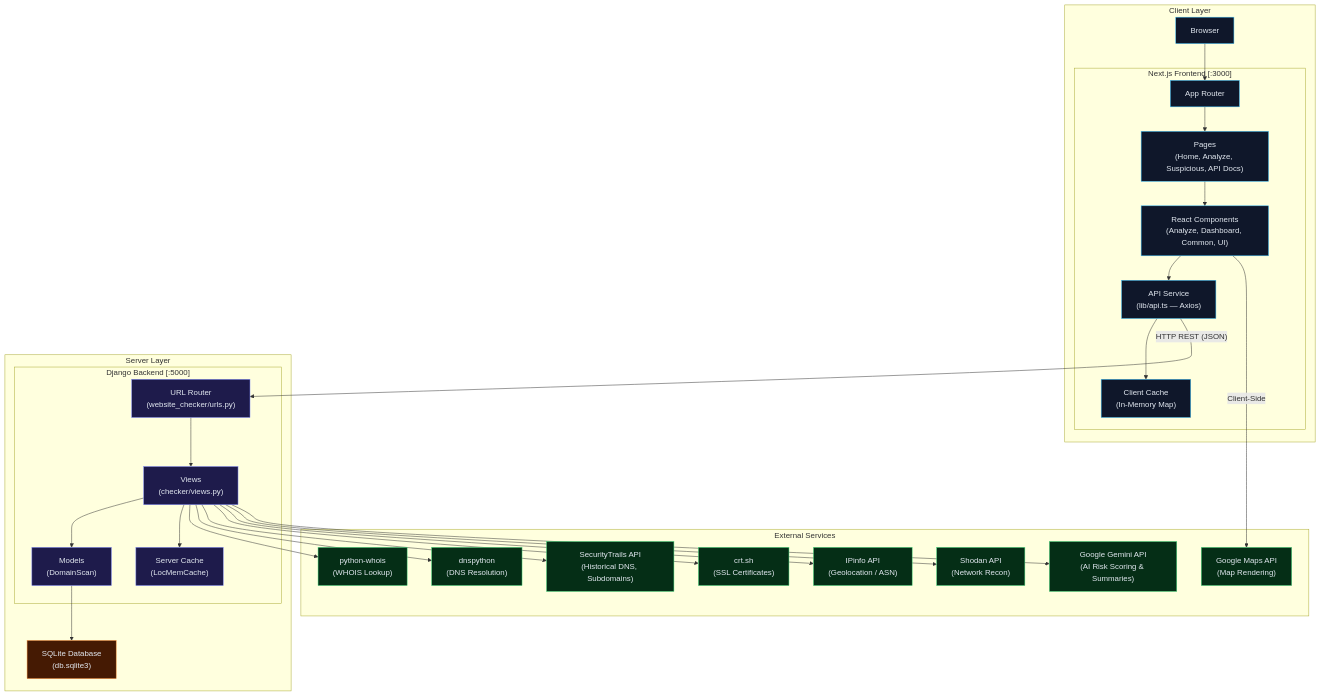
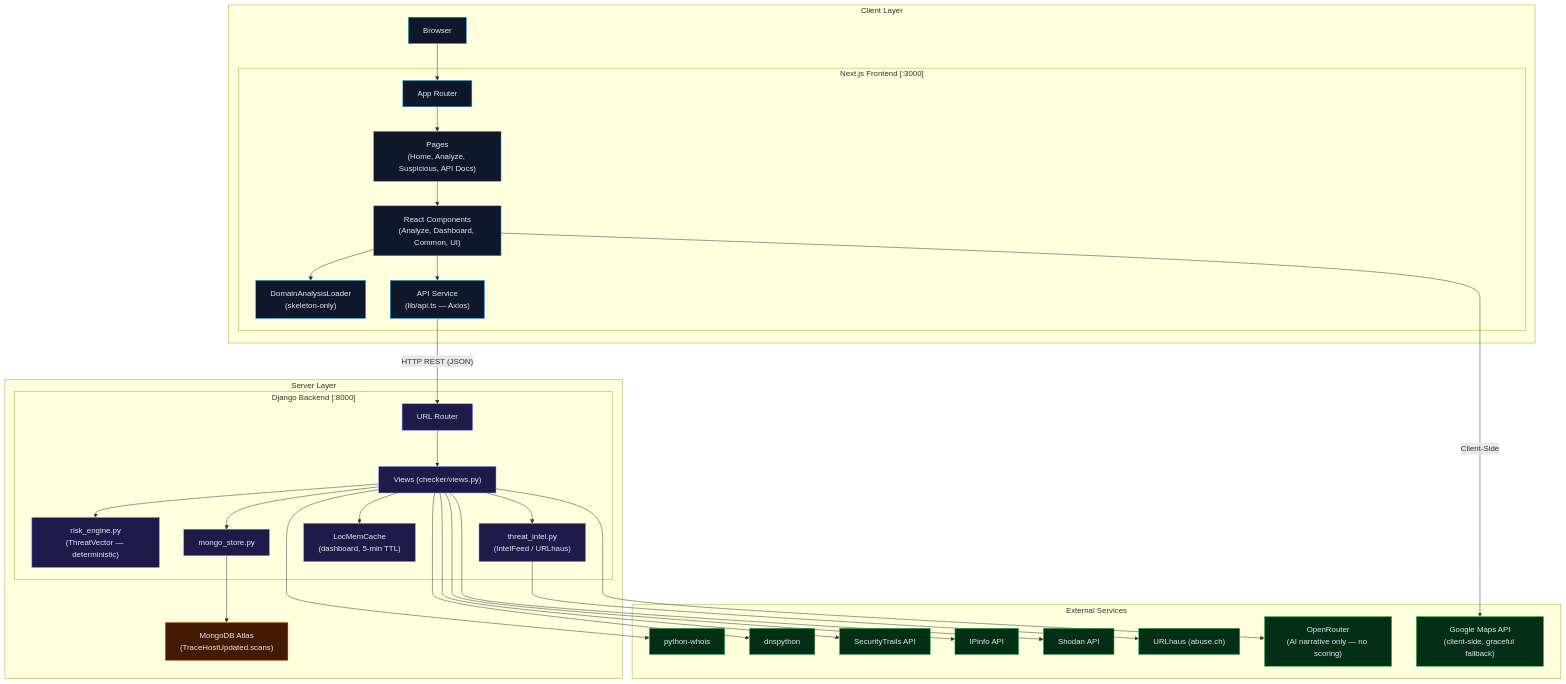
Before and after one commit to Atharva-Dhavale/TraceHost: the first of 3 diagrams in DOCUMENTATION.md, drawn with Mermaid. The commit also changed other lines of this file and 1 other file, not shown here.

````diff
--- a/DOCUMENTATION.md
+++ b/DOCUMENTATION.md
@@ -484,63 +396,62 @@
 ```mermaid
 graph TB
     subgraph "Client Layer"
         Browser["Browser"]
         subgraph "Next.js Frontend [:3000]"
             AppRouter["App Router"]
             Pages["Pages<br/>(Home, Analyze, Suspicious, API Docs)"]
             Components["React Components<br/>(Analyze, Dashboard, Common, UI)"]
+            Loader["DomainAnalysisLoader<br/>(skeleton-only)"]
             APIService["API Service<br/>(lib/api.ts — Axios)"]
-            ClientCache["Client Cache<br/>(In-Memory Map)"]
         end
     end
 
     subgraph "Server Layer"
-        subgraph "Django Backend [:5000]"
-            URLRouter["URL Router<br/>(website_checker/urls.py)"]
-            Views["Views<br/>(checker/views.py)"]
-            Models["Models<br/>(DomainScan)"]
-            ServerCache["Server Cache<br/>(LocMemCache)"]
+        subgraph "Django Backend [:8000]"
+            URLRouter["URL Router"]
+            Views["Views (checker/views.py)"]
+            RiskEngine["risk_engine.py<br/>(ThreatVector — deterministic)"]
+            ThreatIntel["threat_intel.py<br/>(IntelFeed / URLhaus)"]
+            MongoStore["mongo_store.py"]
+            ServerCache["LocMemCache<br/>(dashboard, 5-min TTL)"]
         end
-        SQLite["SQLite Database<br/>(db.sqlite3)"]
+        Mongo["MongoDB Atlas<br/>(TraceHostUpdated.scans)"]
     end
 
     subgraph "External Services"
-        WHOIS["python-whois<br/>(WHOIS Lookup)"]
-        DNS["dnspython<br/>(DNS Resolution)"]
-        SecurityTrails["SecurityTrails API<br/>(Historical DNS, Subdomains)"]
-        CrtSh["crt.sh<br/>(SSL Certificates)"]
-        IPinfo["IPinfo API<br/>(Geolocation / ASN)"]
-        Shodan["Shodan API<br/>(Network Recon)"]
-        Gemini["Google Gemini API<br/>(AI Risk Scoring & Summaries)"]
-        GoogleMaps["Google Maps API<br/>(Map Rendering)"]
+        WHOIS["python-whois"]
+        DNS["dnspython"]
+        SecurityTrails["SecurityTrails API"]
+        IPinfo["IPinfo API"]
+        Shodan["Shodan API"]
+        URLhaus["URLhaus (abuse.ch)"]
+        OpenRouter["OpenRouter<br/>(AI narrative only — no scoring)"]
+        GoogleMaps["Google Maps API<br/>(client-side, graceful fallback)"]
     end
 
-    Browser --> AppRouter
-    AppRouter --> Pages
-    Pages --> Components
+    Browser --> AppRouter --> Pages --> Components
+    Components --> Loader
     Components --> APIService
-    APIService --> ClientCache
-    APIService -->|"HTTP REST (JSON)"| URLRouter
-    URLRouter --> Views
-    Views --> Models
-    Models --> SQLite
+    APIService -->|"HTTP REST (JSON)"| URLRouter --> Views
+    Views --> RiskEngine
+    Views --> ThreatIntel --> URLhaus
+    Views --> MongoStore --> Mongo
     Views --> ServerCache
     Views --> WHOIS
     Views --> DNS
     Views --> SecurityTrails
-    Views --> CrtSh
     Views --> IPinfo
     Views --> Shodan
-    Views --> Gemini
+    Views --> OpenRouter
     Components -->|"Client-Side"| GoogleMaps
 
     classDef frontend fill:#0f172a,stroke:#38bdf8,color:#e2e8f0
     classDef backend fill:#1e1b4b,stroke:#818cf8,color:#e2e8f0
     classDef external fill:#052e16,stroke:#4ade80,color:#e2e8f0
     classDef database fill:#451a03,stroke:#fb923c,color:#e2e8f0
 
-    class Browser,AppRouter,Pages,Components,APIService,ClientCache frontend
-    class URLRouter,Views,Models,ServerCache backend
-    class WHOIS,DNS,SecurityTrails,CrtSh,IPinfo,Shodan,Gemini,GoogleMaps external
-    class SQLite database
+    class Browser,AppRouter,Pages,Components,Loader,APIService frontend
+    class URLRouter,Views,RiskEngine,ThreatIntel,MongoStore,ServerCache backend
+    class WHOIS,DNS,SecurityTrails,IPinfo,Shodan,URLhaus,OpenRouter,GoogleMaps external
+    class Mongo database
 ```
````
